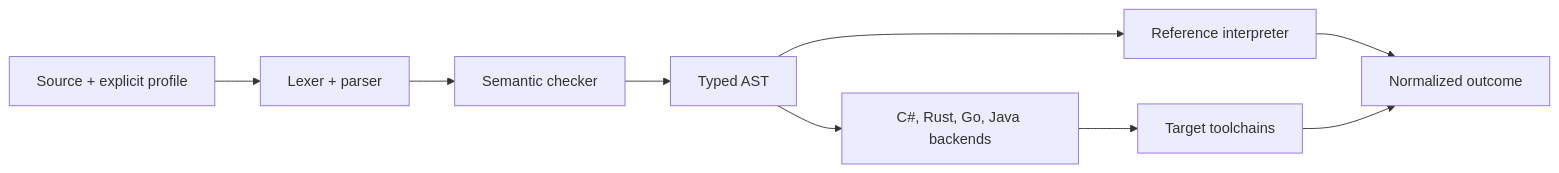
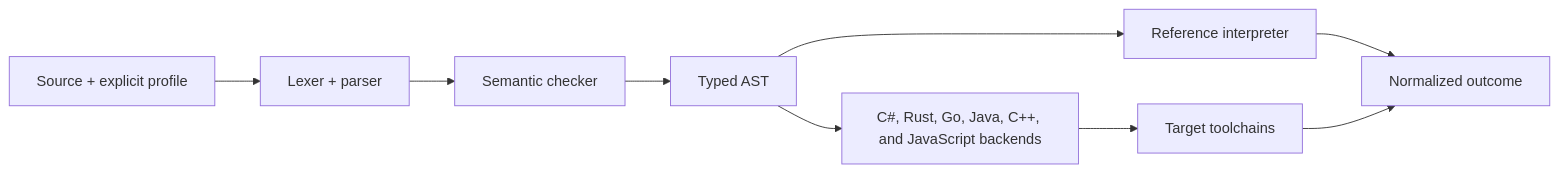
The diagram in README.md (hana-games/hsharp), drawn with Mermaid before and after one commit. The commit also changed other lines of this file and 109 other files, not shown here.

First line of the commit message:
Add C++ and JavaScript targets

````diff
--- a/README.md
+++ b/README.md
@@ -159,11 +159,11 @@
 ```mermaid
 flowchart LR
     S["Source + explicit profile"] --> L["Lexer + parser"]
     L --> C["Semantic checker"]
     C --> T["Typed AST"]
     T --> R["Reference interpreter"]
-    T --> B["C#, Rust, Go, Java backends"]
+    T --> B["C#, Rust, Go, Java, C++, and JavaScript backends"]
     B --> X["Target toolchains"]
     R --> O["Normalized outcome"]
     X --> O
 ```
````
